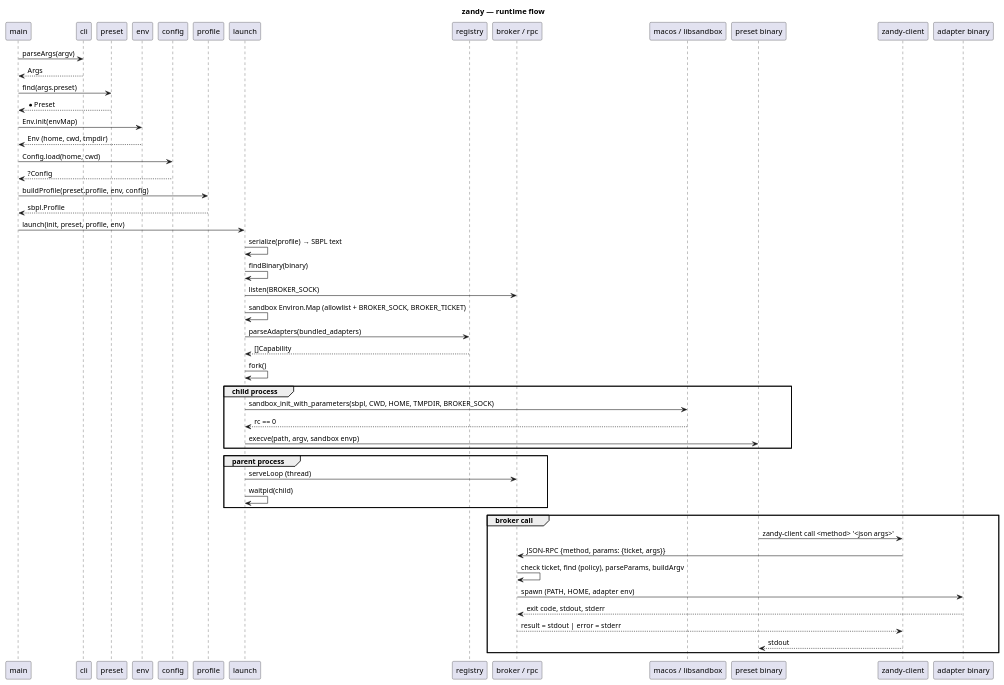
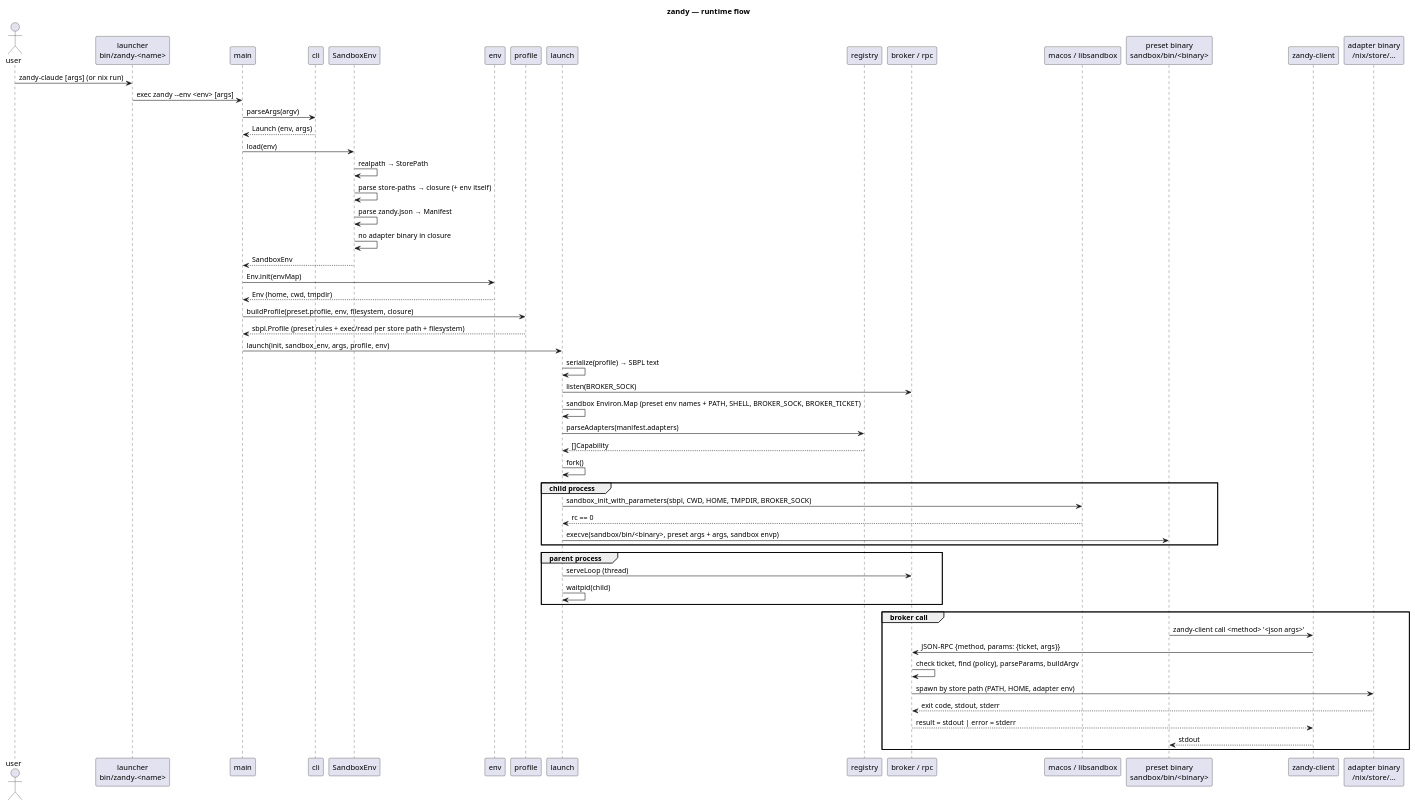
Before and after one commit to tbsklg/zandy: the diagram in docs/runtime-flow.puml, drawn with PlantUML. The commit also changed 39 other files, not shown here.

Commit message:
Build zandy around Nix (#10)

```diff
--- a/docs/runtime-flow.puml
+++ b/docs/runtime-flow.puml
@@ -1,63 +1,68 @@
 @startuml runtime-flow
 title zandy — runtime flow
 
 skinparam shadowing false
 
+actor "user" as User
+participant "launcher\nbin/zandy-<name>" as Launcher
 participant "main" as Main
 participant "cli" as Cli
-participant "preset" as Preset
+participant "SandboxEnv" as SEnv
 participant "env" as Env
-participant "config" as Config
 participant "profile" as Profile
 participant "launch" as Launch
 participant "registry" as Registry
 participant "broker / rpc" as Broker
 participant "macos / libsandbox" as Sandbox
-participant "preset binary" as Bin
+participant "preset binary\nsandbox/bin/<binary>" as Bin
 participant "zandy-client" as Client
-participant "adapter binary" as Tool
+participant "adapter binary\n/nix/store/…" as Tool
 
+User -> Launcher : zandy-claude [args]  (or nix run)
+Launcher -> Main : exec zandy --env <env> [args]
 Main -> Cli : parseArgs(argv)
-Cli --> Main : Args
-Main -> Preset : find(args.preset)
-Preset --> Main : *Preset
+Cli --> Main : Launch (env, args)
+
+Main -> SEnv : load(env)
+SEnv -> SEnv : realpath → StorePath
+SEnv -> SEnv : parse store-paths → closure (+ env itself)
+SEnv -> SEnv : parse zandy.json → Manifest
+SEnv -> SEnv : no adapter binary in closure
+SEnv --> Main : SandboxEnv
 
 Main -> Env : Env.init(envMap)
 Env --> Main : Env (home, cwd, tmpdir)
-Main -> Config : Config.load(home, cwd)
-Config --> Main : ?Config
-Main -> Profile : buildProfile(preset.profile, env, config)
-Profile --> Main : sbpl.Profile
+Main -> Profile : buildProfile(preset.profile, env, filesystem, closure)
+Profile --> Main : sbpl.Profile (preset rules + exec/read per store path + filesystem)
 
-Main -> Launch : launch(init, preset, profile, env)
+Main -> Launch : launch(init, sandbox_env, args, profile, env)
 Launch -> Launch : serialize(profile) → SBPL text
-Launch -> Launch : findBinary(binary)
 Launch -> Broker : listen(BROKER_SOCK)
-Launch -> Launch : sandbox Environ.Map (allowlist + BROKER_SOCK, BROKER_TICKET)
-Launch -> Registry : parseAdapters(bundled_adapters)
+Launch -> Launch : sandbox Environ.Map (preset env names + PATH, SHELL, BROKER_SOCK, BROKER_TICKET)
+Launch -> Registry : parseAdapters(manifest.adapters)
 Registry --> Launch : []Capability
 
 Launch -> Launch : fork()
 
 group child process
   Launch -> Sandbox : sandbox_init_with_parameters(sbpl, CWD, HOME, TMPDIR, BROKER_SOCK)
   Sandbox --> Launch : rc == 0
-  Launch -> Bin : execve(path, argv, sandbox envp)
+  Launch -> Bin : execve(sandbox/bin/<binary>, preset args + args, sandbox envp)
 end
 
 group parent process
   Launch -> Broker : serveLoop (thread)
   Launch -> Launch : waitpid(child)
 end
 
 group broker call
   Bin -> Client : zandy-client call <method> '<json args>'
   Client -> Broker : JSON-RPC {method, params: {ticket, args}}
   Broker -> Broker : check ticket, find (policy), parseParams, buildArgv
-  Broker -> Tool : spawn (PATH, HOME, adapter env)
+  Broker -> Tool : spawn by store path (PATH, HOME, adapter env)
   Tool --> Broker : exit code, stdout, stderr
   Broker --> Client : result = stdout | error = stderr
   Client --> Bin : stdout
 end
 
 @enduml
```
